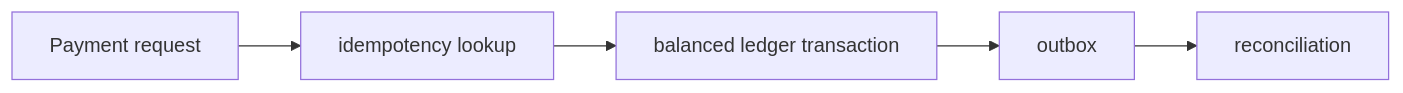
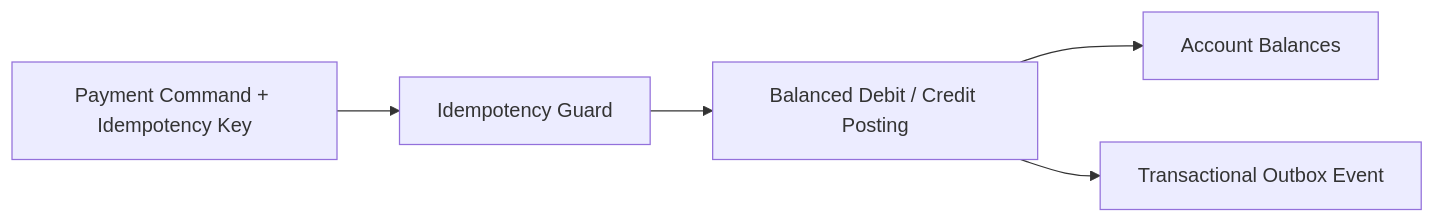
The diagram in README.md (sohail-sharif-official/transactional-payment-ledger), drawn with Mermaid before and after one commit. The commit also changed other lines of this file and 4 other files, not shown here.

Commit message:
Update architecture documentation, mermaid diagrams, and verification guide

````diff
--- a/README.md
+++ b/README.md
@@ -17,8 +10,7 @@
 ```mermaid
 flowchart LR
-  n0["Payment request"] --> n1
-  n1["idempotency lookup"] --> n2
-  n2["balanced ledger transaction"] --> n3
-  n3["outbox"] --> n4
-  n4["reconciliation"]
+  Cmd["Payment Command + Idempotency Key"] --> Dedup["Idempotency Guard"]
+  Dedup --> Journal["Balanced Debit / Credit Posting"]
+  Journal --> Balances["Account Balances"]
+  Journal --> Outbox["Transactional Outbox Event"]
 ```
````
